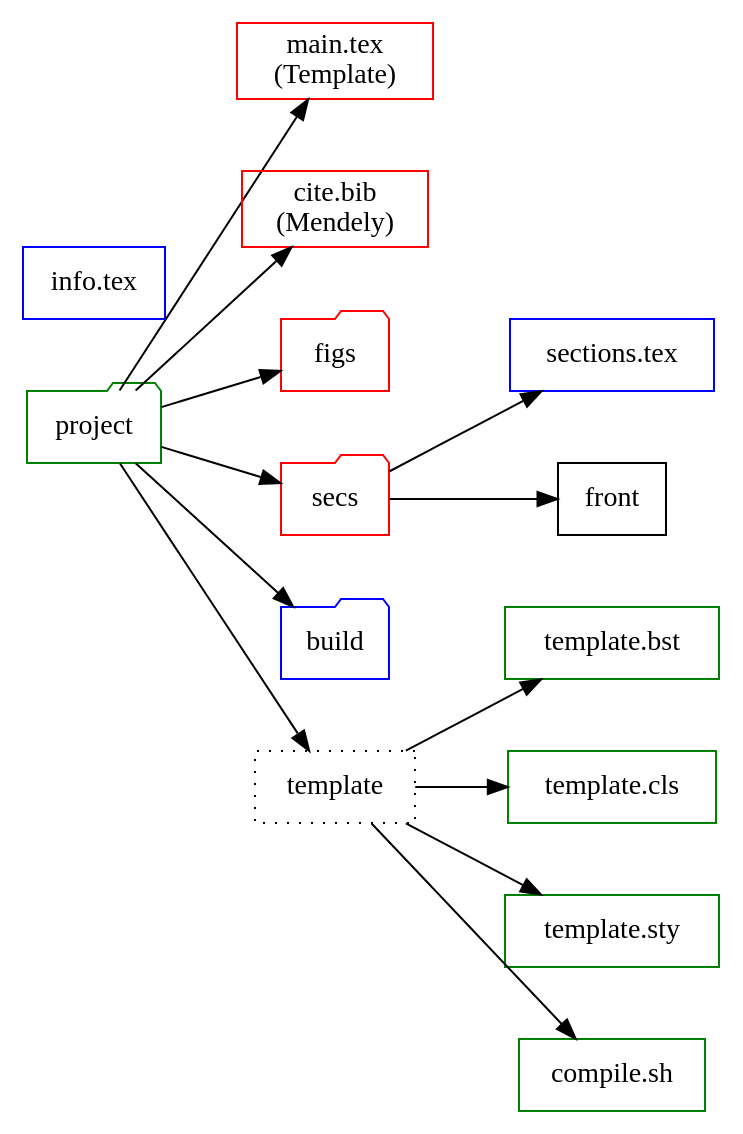
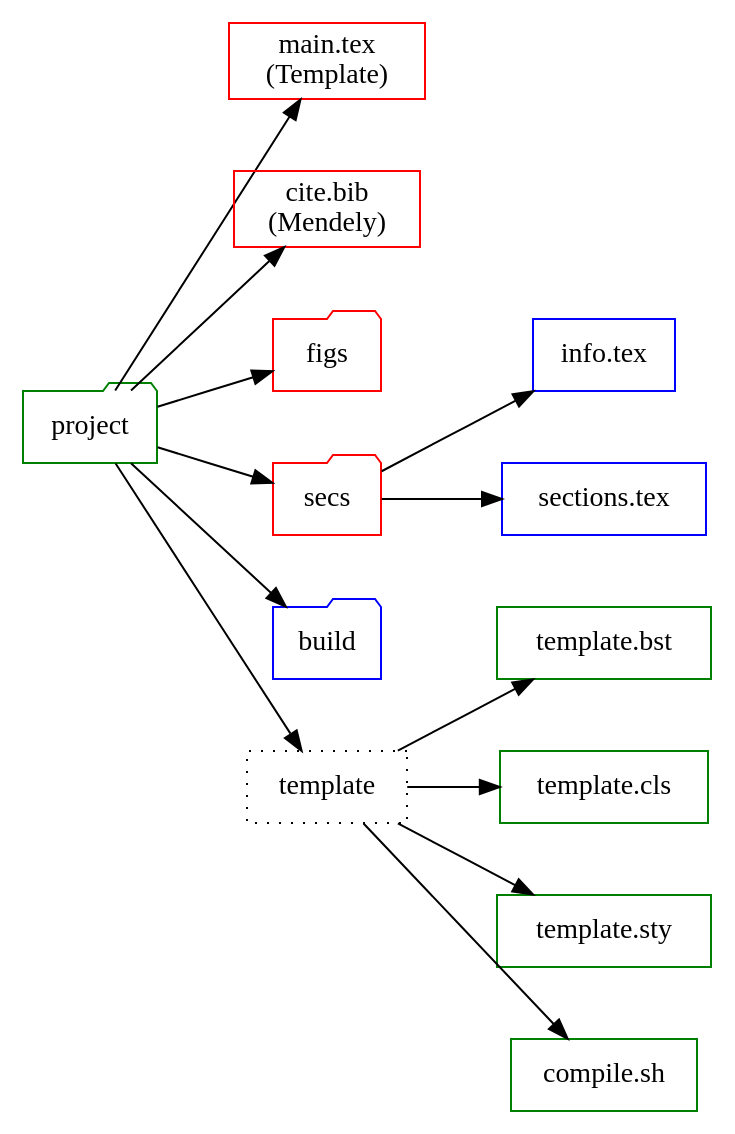
One commit to bwtian/texTemplate changed the diagram in texTemplate.org. Above: the diagram before and after it, drawn with Graphviz. The commit also changed 1 other file, not shown here.

Commit message:
- ‘.#texTemplate.org’ / ‘texTemplate.org’

```diff
--- a/texTemplate.org
+++ b/texTemplate.org
@@ -4,32 +4,32 @@
 #+BEGIN_SRC dot :file ./texTemplate.svg
   digraph {
   rankdir = LR
   fontname="Times";
   fontsize = 12;
   splines = false;
   ranksep = 0.5;
   nodesep = 0.5;
   node [shape = box]
   //1. set node
   proj [label = "project", color = green, shape="folder"]
-  info [label = "info.tex", color = blue]
+  front [label = "info.tex", color = blue]
   secs [label = "sections.tex", color = blue]
   main [label = "main.tex \n (Template)", color = red]
   bib [label = "cite.bib \n (Mendely)", color = red]
   bst [label = "template.bst", color = green]
   cls [label = "template.cls", color = green]
   sty [label = "template.sty", color = green]
   fig [label = "figs", color=red, shape="folder"]
   sec [label = "secs", color=red, shape="folder"]
   build [label  = "build", color = blue, shape="folder"]
   gen [label = "compile.sh", color = green]
   temp [label = "template", style=dotted]
   //2. set path
 
   proj -> {fig sec main temp bib build}
   temp -> {cls, bst, sty, gen}
   sec -> {front, secs}
   //3. set rank
 
   }
 #+END_SRC
```
